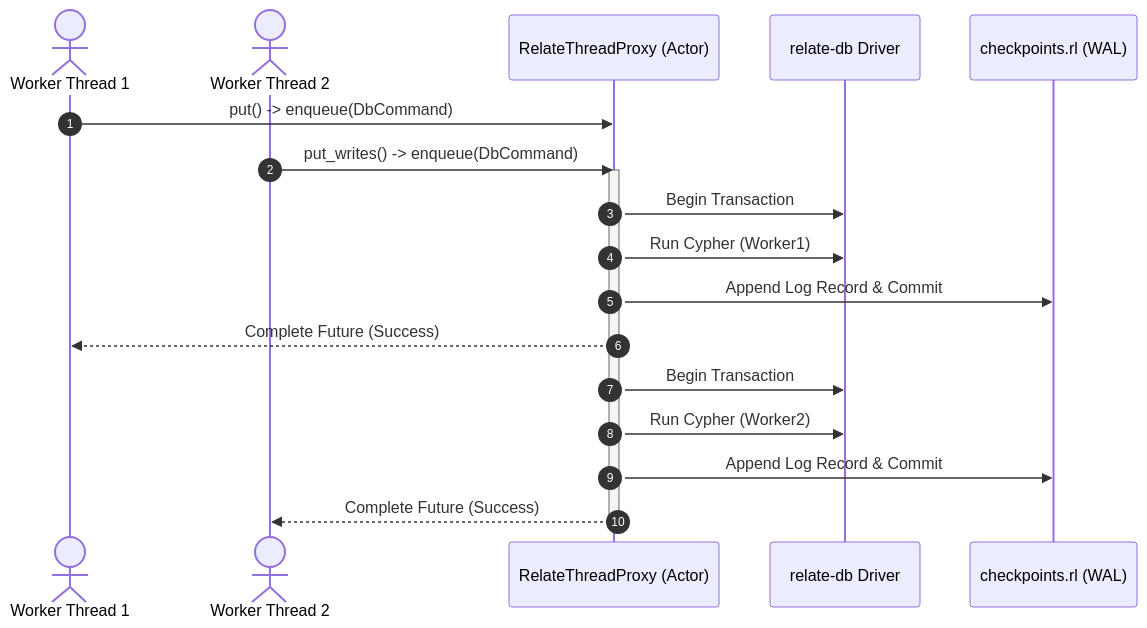
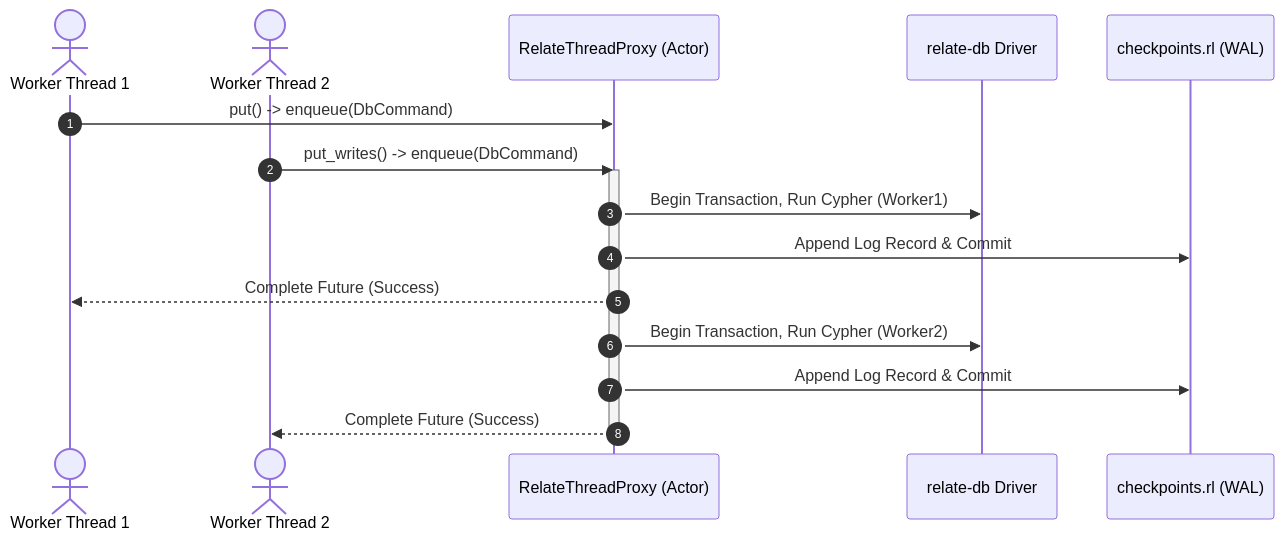
Before and after one commit to jegadeesh17/RelateGraphSaver: the third of 4 diagrams in docs/ARCHITECTURE.md, drawn with Mermaid. The commit also changed other lines of this file and 46 other files, not shown here.

````diff
--- a/docs/ARCHITECTURE.md
+++ b/docs/ARCHITECTURE.md
@@ -396,22 +569,20 @@
 ```mermaid
 sequenceDiagram
     autonumber
     actor Worker1 as Worker Thread 1
     actor Worker2 as Worker Thread 2
     participant Proxy as RelateThreadProxy (Actor)
     participant Engine as relate-db Driver
     participant WAL as checkpoints.rl (WAL)
 
     Worker1->>Proxy: put() -> enqueue(DbCommand)
     Worker2->>Proxy: put_writes() -> enqueue(DbCommand)
     activate Proxy
-    Proxy->>Engine: Begin Transaction
-    Proxy->>Engine: Run Cypher (Worker1)
+    Proxy->>Engine: Begin Transaction, Run Cypher (Worker1)
     Proxy->>WAL: Append Log Record & Commit
     Proxy-->>Worker1: Complete Future (Success)
-    Proxy->>Engine: Begin Transaction
-    Proxy->>Engine: Run Cypher (Worker2)
+    Proxy->>Engine: Begin Transaction, Run Cypher (Worker2)
     Proxy->>WAL: Append Log Record & Commit
     Proxy-->>Worker2: Complete Future (Success)
     deactivate Proxy
 ```
````
